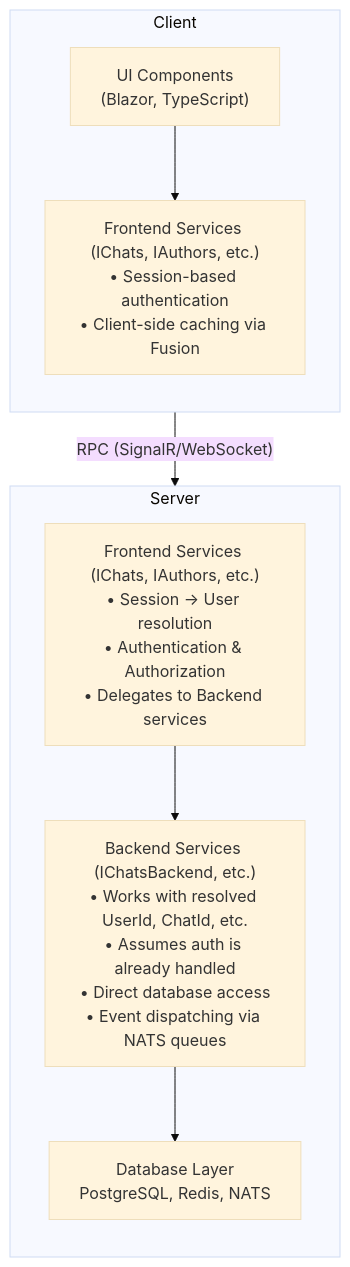
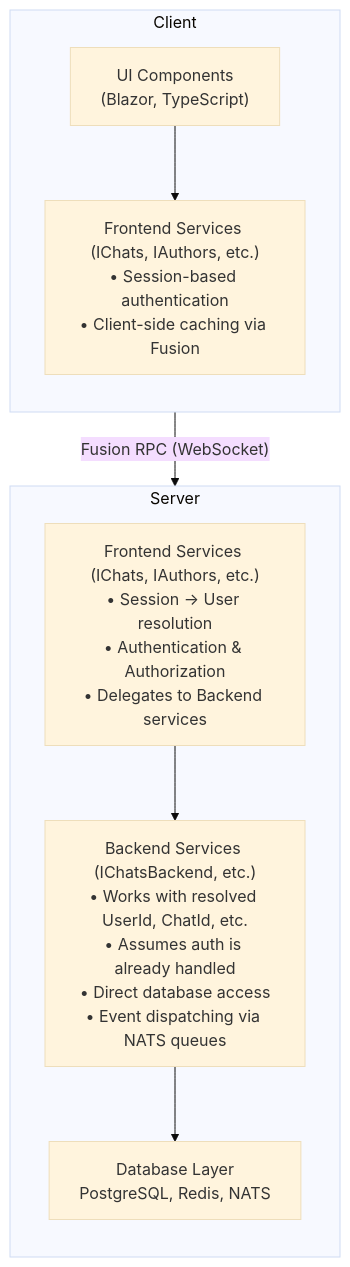
Before and after one commit to Actual-Chat/actual-chat: the diagram in docs/architecture/overview.md, drawn with Mermaid (base theme). The commit also changed 13 other files, not shown here.

````diff
--- a/docs/architecture/overview.md
+++ b/docs/architecture/overview.md
@@ -20,20 +20,20 @@
 ```mermaid
 flowchart TB
     subgraph Client [" Client "]
         direction TB
         UI["UI Components<br/>(Blazor, TypeScript)"]
         ClientFrontend["Frontend Services (IChats, IAuthors, etc.)<br/>• Session-based authentication<br/>• Client-side caching via Fusion"]
         UI --> ClientFrontend
     end
 
-    ClientFrontend -->|"RPC (SignalR/WebSocket)"| ServerFrontend
+    ClientFrontend -->|"Fusion RPC (WebSocket)"| ServerFrontend
 
     subgraph Server [" Server "]
         direction TB
         ServerFrontend["Frontend Services (IChats, IAuthors, etc.)<br/>• Session → User resolution<br/>• Authentication & Authorization<br/>• Delegates to Backend services"]
         Backend["Backend Services (IChatsBackend, etc.)<br/>• Works with resolved UserId, ChatId, etc.<br/>• Assumes auth is already handled<br/>• Direct database access<br/>• Event dispatching via NATS queues"]
         DB["Database Layer<br/>PostgreSQL, Redis, NATS"]
         ServerFrontend --> Backend
         Backend --> DB
     end
 ```
````
